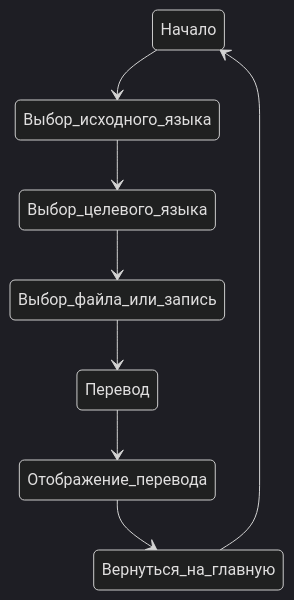
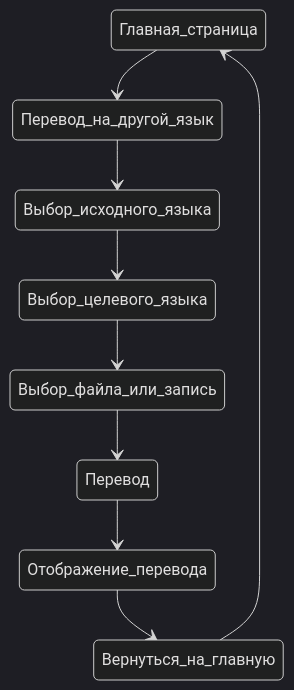
Before and after one commit to Retnug228/Lab3Orpo: the second of 6 diagrams in docs/behavior.md, drawn with Mermaid (dark theme). The commit also changed other lines of this file, not shown here.

````diff
--- a/docs/behavior.md
+++ b/docs/behavior.md
@@ -32,10 +32,11 @@
 ```mermaid
 stateDiagram
-    Начало --> Выбор_исходного_языка
+    Главная_страница --> Перевод_на_другой_язык
+    Перевод_на_другой_язык --> Выбор_исходного_языка
     Выбор_исходного_языка --> Выбор_целевого_языка
     Выбор_целевого_языка --> Выбор_файла_или_запись
     Выбор_файла_или_запись --> Перевод
     Перевод --> Отображение_перевода
     Отображение_перевода --> Вернуться_на_главную
-    Вернуться_на_главную --> Начало
+    Вернуться_на_главную --> Главная_страница
 ```
````
